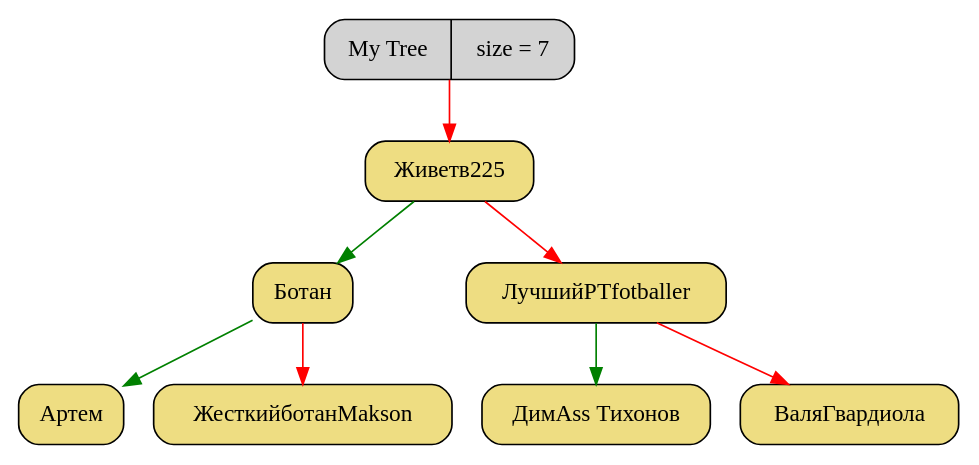
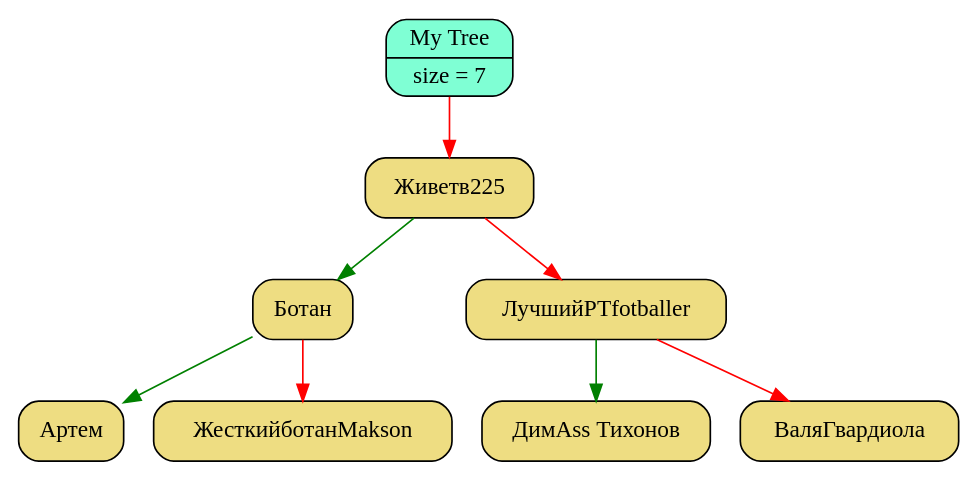
One commit to Pelmeshka127/Akinator changed the diagram in graphics/graph.dot. Above: the diagram before and after it, drawn with Graphviz. The commit also changed 10 other files, not shown here.

```diff
--- a/graphics/graph.dot
+++ b/graphics/graph.dot
@@ -1,21 +1,21 @@
 digraph Tree
 {
    rankdir = HR;
    node[fontsize=14];
    edge[color="black",fontcolor="blue",fontsize=12];
-   tree[shape = Mrecord, style = filled, filcolor = "red", label = "My Tree | size = 7"];
-   "Живет в 225"[shape = Mrecord, style = filled, fillcolor = "lightgoldenrod",   label = " <value> Живет в 225"];
-  "Живет в 225" -> "Ботан" [color = "green"];
-  "Живет в 225" -> "Лучший РТ fotballer" [color = "red"];
-   "Ботан"[shape = Mrecord, style = filled, fillcolor = "lightgoldenrod",   label = " <value> Ботан"];
-  "Ботан" -> "Артем" [color = "green"];
-  "Ботан" -> "Жесткий ботан Makson" [color = "red"];
-   "Артем"[shape = Mrecord, style = filled, fillcolor = "lightgoldenrod",   label = " <value> Артем"];
-   "Жесткий ботан Makson"[shape = Mrecord, style = filled, fillcolor = "lightgoldenrod",   label = " <value> Жесткий ботан Makson"];
-   "Лучший РТ fotballer"[shape = Mrecord, style = filled, fillcolor = "lightgoldenrod",   label = " <value> Лучший РТ fotballer"];
-  "Лучший РТ fotballer" -> "ДимAss Тихонов" [color = "green"];
-  "Лучший РТ fotballer" -> "Валя Гвардиола" [color = "red"];
-   "ДимAss Тихонов"[shape = Mrecord, style = filled, fillcolor = "lightgoldenrod",   label = " <value> ДимAss Тихонов"];
-   "Валя Гвардиола"[shape = Mrecord, style = filled, fillcolor = "lightgoldenrod",   label = " <value> Валя Гвардиола"];
-   tree -> "Живет в 225" [color = "red"];
+   tree[shape = Mrecord, style = filled, fillcolor = "aquamarine", label = "{My Tree | size = 7}"];
+   "0x102900c10"[shape = Mrecord, style = filled, fillcolor = "lightgoldenrod",   label = " <value> Живет в 225"];
+  "0x102900c10" -> "0x102900bd0" [color = "green"];
+  "0x102900c10" -> "0x102900b10" [color = "red"];
+   "0x102900bd0"[shape = Mrecord, style = filled, fillcolor = "lightgoldenrod",   label = " <value> Ботан"];
+  "0x102900bd0" -> "0x102900b90" [color = "green"];
+  "0x102900bd0" -> "0x102900b50" [color = "red"];
+   "0x102900b90"[shape = Mrecord, style = filled, fillcolor = "lightgoldenrod",   label = " <value> Артем"];
+   "0x102900b50"[shape = Mrecord, style = filled, fillcolor = "lightgoldenrod",   label = " <value> Жесткий ботан Makson"];
+   "0x102900b10"[shape = Mrecord, style = filled, fillcolor = "lightgoldenrod",   label = " <value> Лучший РТ fotballer"];
+  "0x102900b10" -> "0x102900ad0" [color = "green"];
+  "0x102900b10" -> "0x102900a90" [color = "red"];
+   "0x102900ad0"[shape = Mrecord, style = filled, fillcolor = "lightgoldenrod",   label = " <value> ДимAss Тихонов"];
+   "0x102900a90"[shape = Mrecord, style = filled, fillcolor = "lightgoldenrod",   label = " <value> Валя Гвардиола"];
+   tree -> "0x102900c10" [color = "red"];
 }
```
